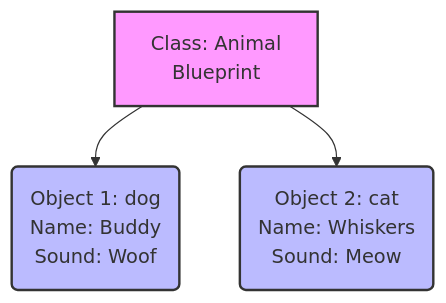
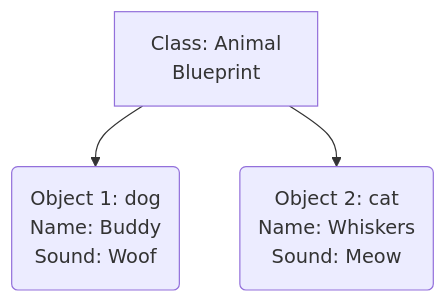
The first of 8 diagrams in 01 BE A TYPESCRIPT TECHNOCRAT/MODULE 03.OOP IN TYPESCRIPT/README.md (muntasir24/Programming-Hero-Level-2), drawn with Mermaid before and after one commit. The commit also changed other lines of this file, not shown here.

````diff
--- a/01 BE A TYPESCRIPT TECHNOCRAT/MODULE 03.OOP IN TYPESCRIPT/README.md
+++ b/01 BE A TYPESCRIPT TECHNOCRAT/MODULE 03.OOP IN TYPESCRIPT/README.md
@@ -48,9 +48,6 @@
 ```mermaid
 flowchart TD
     Class[Class: Animal \n Blueprint] --> Obj1(Object 1: dog \n Name: Buddy \n Sound: Woof)
     Class --> Obj2(Object 2: cat \n Name: Whiskers \n Sound: Meow)
     
-    style Class fill:#f9f,stroke:#333,stroke-width:2px
-    style Obj1 fill:#bbf,stroke:#333,stroke-width:2px
-    style Obj2 fill:#bbf,stroke:#333,stroke-width:2px
 ```
````
